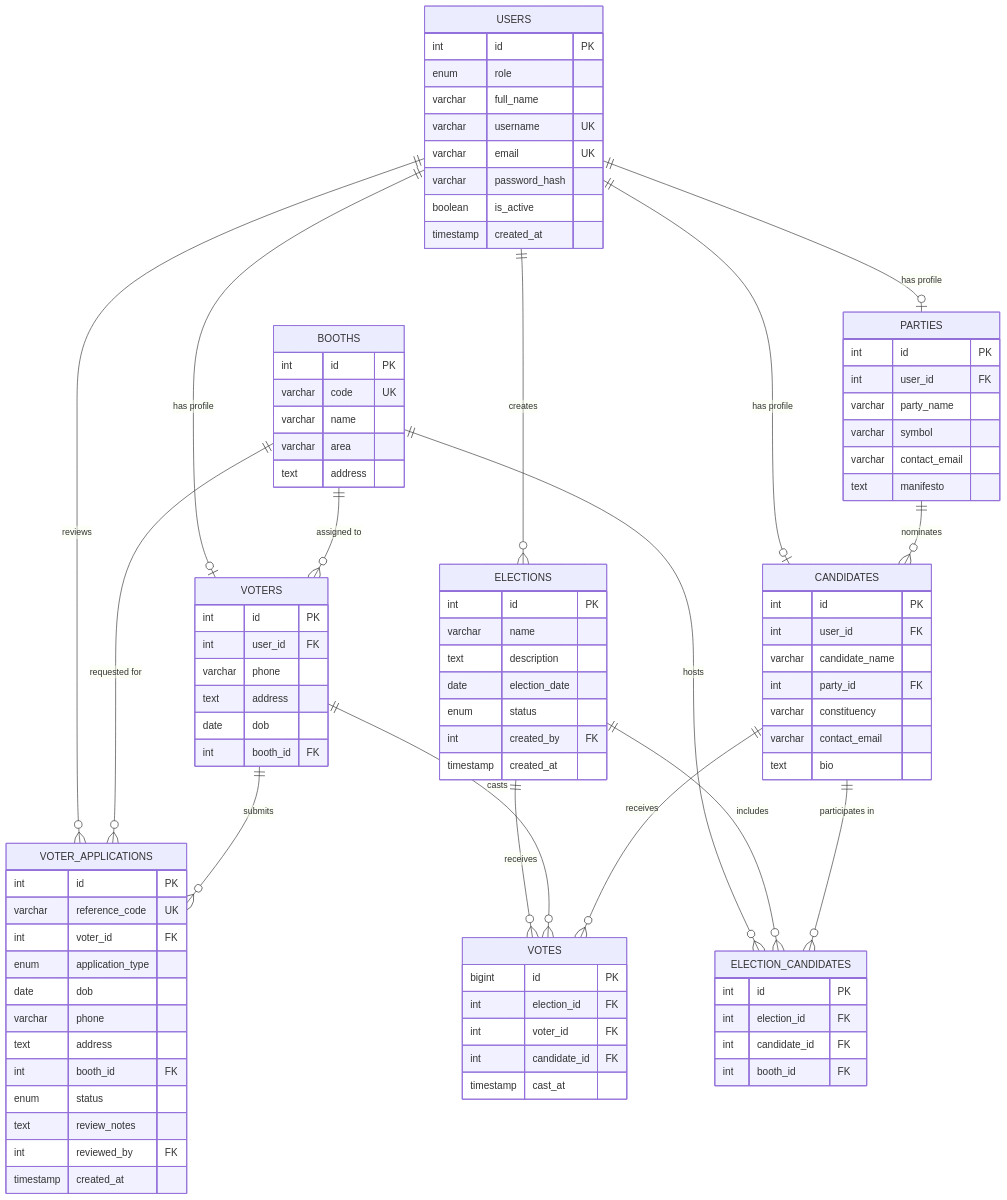
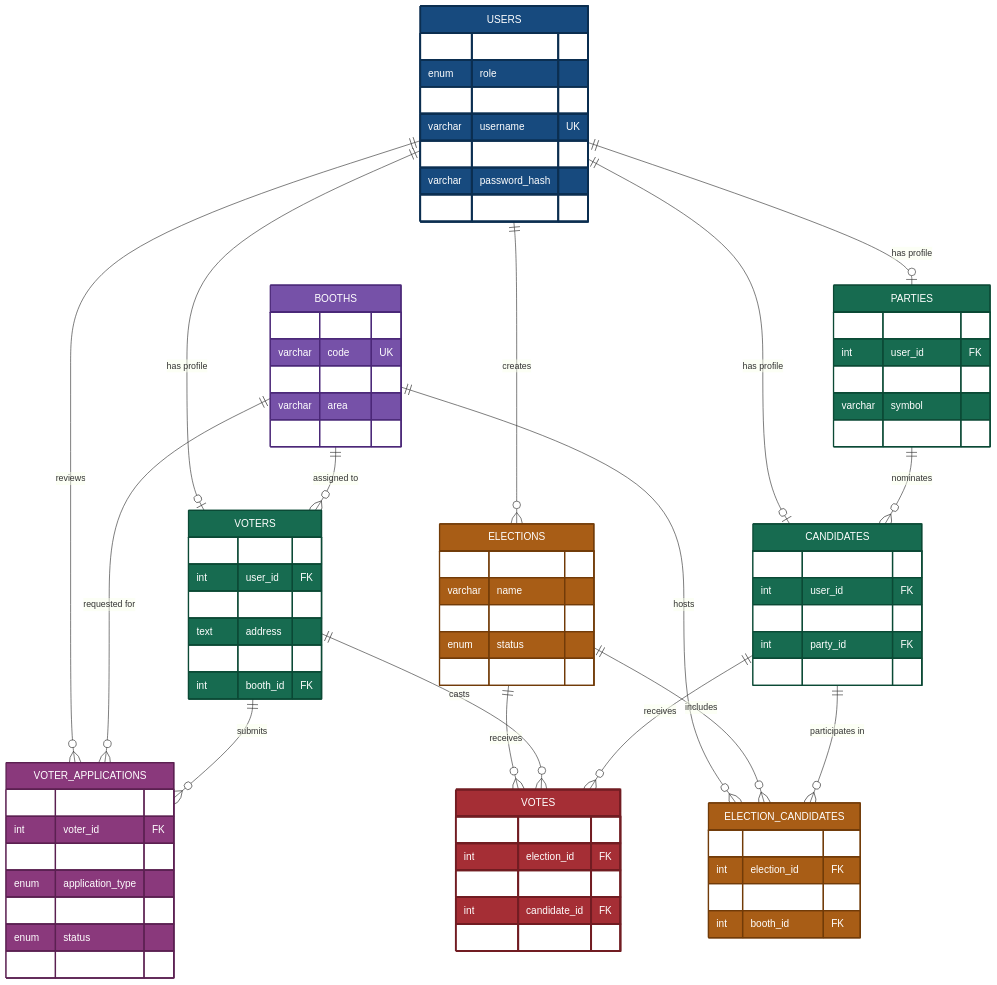
Before and after one commit to ksgane-ssh-0x6c1/ElectionManagementSystem: the diagram in E-R_Diagram.mermaid, drawn with Mermaid.

```diff
--- a/E-R_Diagram.mermaid
+++ b/E-R_Diagram.mermaid
@@ -1,109 +1,106 @@
 
 erDiagram
     USERS {
         int id PK
         enum role
         varchar full_name
         varchar username UK
         varchar email UK
         varchar password_hash
         boolean is_active
-        timestamp created_at
     }
 
     BOOTHS {
         int id PK
         varchar code UK
         varchar name
         varchar area
         text address
     }
 
     VOTERS {
         int id PK
         int user_id FK
         varchar phone
         text address
         date dob
         int booth_id FK
     }
 
     PARTIES {
         int id PK
         int user_id FK
         varchar party_name
         varchar symbol
         varchar contact_email
-        text manifesto
     }
 
     CANDIDATES {
         int id PK
         int user_id FK
         varchar candidate_name
         int party_id FK
         varchar constituency
-        varchar contact_email
-        text bio
     }
 
     ELECTIONS {
         int id PK
         varchar name
-        text description
         date election_date
         enum status
         int created_by FK
-        timestamp created_at
     }
 
     ELECTION_CANDIDATES {
         int id PK
         int election_id FK
         int candidate_id FK
         int booth_id FK
     }
 
     VOTER_APPLICATIONS {
         int id PK
+        int voter_id FK
         varchar reference_code UK
-        int voter_id FK
         enum application_type
-        date dob
-        varchar phone
-        text address
         int booth_id FK
         enum status
-        text review_notes
         int reviewed_by FK
-        timestamp created_at
     }
 
     VOTES {
         bigint id PK
         int election_id FK
         int voter_id FK
         int candidate_id FK
         timestamp cast_at
     }
 
     USERS ||--o| VOTERS : "has profile"
     USERS ||--o| PARTIES : "has profile"
     USERS ||--o| CANDIDATES : "has profile"
-
     USERS ||--o{ ELECTIONS : "creates"
     USERS ||--o{ VOTER_APPLICATIONS : "reviews"
 
     BOOTHS ||--o{ VOTERS : "assigned to"
     BOOTHS ||--o{ ELECTION_CANDIDATES : "hosts"
     BOOTHS ||--o{ VOTER_APPLICATIONS : "requested for"
 
     PARTIES ||--o{ CANDIDATES : "nominates"
-
     ELECTIONS ||--o{ ELECTION_CANDIDATES : "includes"
     CANDIDATES ||--o{ ELECTION_CANDIDATES : "participates in"
 
     VOTERS ||--o{ VOTER_APPLICATIONS : "submits"
     ELECTIONS ||--o{ VOTES : "receives"
     VOTERS ||--o{ VOTES : "casts"
     CANDIDATES ||--o{ VOTES : "receives"
+
+    style USERS fill:#174A7E,color:#FFFFFF,stroke:#0B2E50,stroke-width:3px
+    style VOTERS fill:#176B50,color:#FFFFFF,stroke:#0B4935,stroke-width:2px
+    style PARTIES fill:#176B50,color:#FFFFFF,stroke:#0B4935,stroke-width:2px
+    style CANDIDATES fill:#176B50,color:#FFFFFF,stroke:#0B4935,stroke-width:2px
+    style BOOTHS fill:#7651A8,color:#FFFFFF,stroke:#4B2878,stroke-width:2px
+    style ELECTIONS fill:#A85D16,color:#FFFFFF,stroke:#713B08,stroke-width:2px
+    style ELECTION_CANDIDATES fill:#A85D16,color:#FFFFFF,stroke:#713B08,stroke-width:2px
+    style VOTER_APPLICATIONS fill:#8A397C,color:#FFFFFF,stroke:#5B2051,stroke-width:2px
+    style VOTES fill:#A52E35,color:#FFFFFF,stroke:#711C22,stroke-width:3px
```
